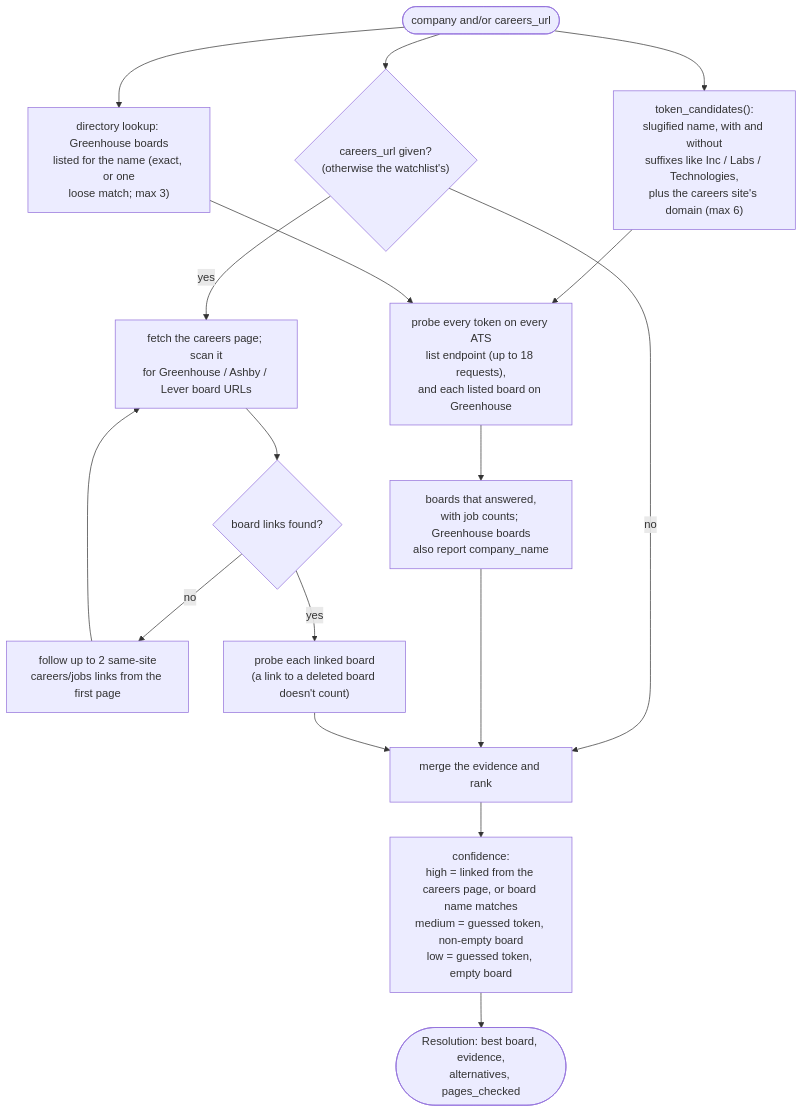
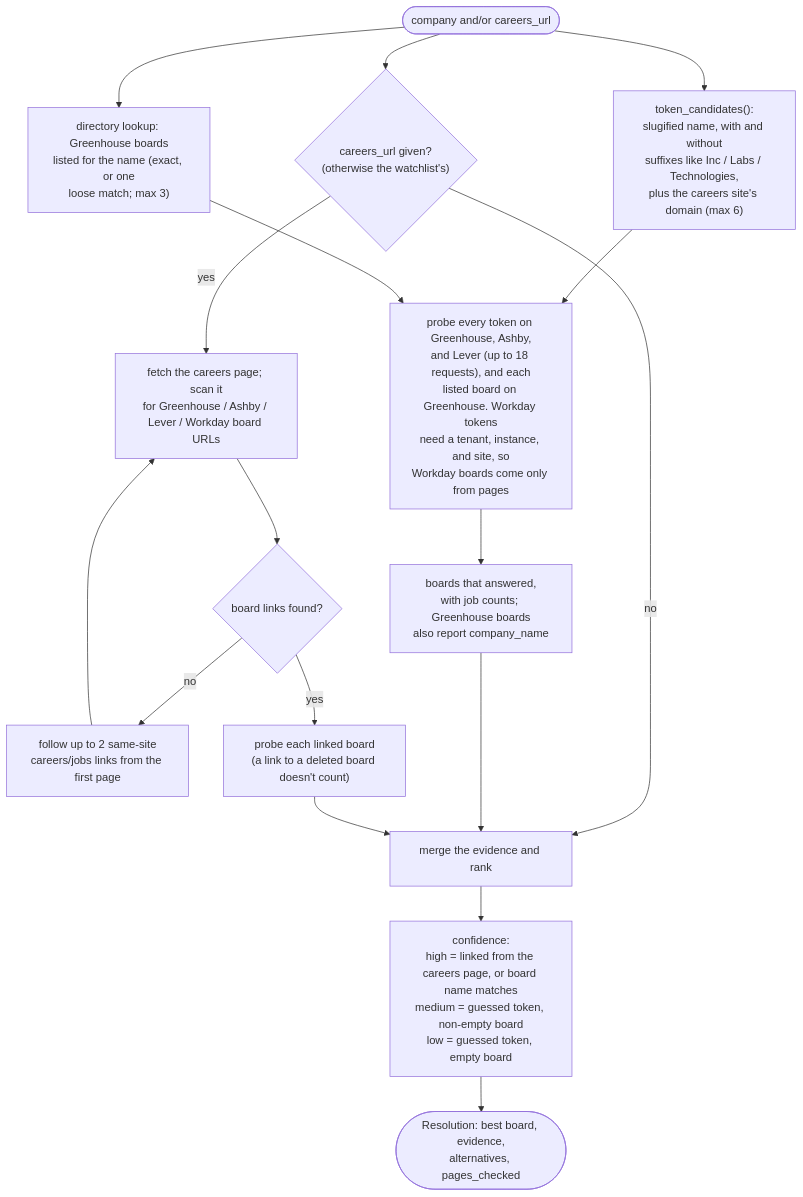
One commit to HakujouRyu/jobboard-mcp changed the fifth of 7 diagrams in docs/architecture.md. Above: the diagram before and after it, drawn with Mermaid. The commit also changed other lines of this file and 29 other files, not shown here.

First line of the commit message:
Add a Workday adapter that reads careers sites' own JSON

````diff
--- a/docs/architecture.md
+++ b/docs/architecture.md
@@ -266,21 +268,21 @@
 ```mermaid
 flowchart TD
     in(["company and/or careers_url"]) --> tokens["token_candidates():<br/>slugified name, with and without<br/>suffixes like Inc / Labs / Technologies,<br/>plus the careers site's domain (max 6)"]
     in --> page{"careers_url given?<br/>(otherwise the watchlist's)"}
     in --> listed["directory lookup: Greenhouse boards<br/>listed for the name (exact, or one<br/>loose match; max 3)"]
 
-    tokens --> probe["probe every token on every ATS<br/>list endpoint (up to 18 requests),<br/>and each listed board on Greenhouse"]
+    tokens --> probe["probe every token on Greenhouse, Ashby,<br/>and Lever (up to 18 requests), and each<br/>listed board on Greenhouse. Workday tokens<br/>need a tenant, instance, and site, so<br/>Workday boards come only from pages"]
     listed --> probe
     probe --> answered["boards that answered,<br/>with job counts; Greenhouse boards<br/>also report company_name"]
 
-    page -- yes --> scan["fetch the careers page; scan it<br/>for Greenhouse / Ashby / Lever board URLs"]
+    page -- yes --> scan["fetch the careers page; scan it<br/>for Greenhouse / Ashby / Lever / Workday board URLs"]
     scan --> refs{"board links found?"}
     refs -- no --> follow["follow up to 2 same-site<br/>careers/jobs links from the first page"] --> scan
     refs -- yes --> verify["probe each linked board<br/>(a link to a deleted board doesn't count)"]
     page -- no --> merge
 
     answered --> merge["merge the evidence and rank"]
     verify --> merge
     merge --> conf["confidence:<br/>high = linked from the careers page, or board name matches<br/>medium = guessed token, non-empty board<br/>low = guessed token, empty board"]
     conf --> out(["Resolution: best board, evidence,<br/>alternatives, pages_checked"])
 ```
````
